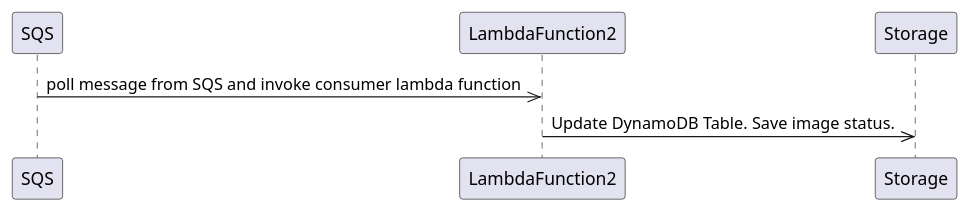
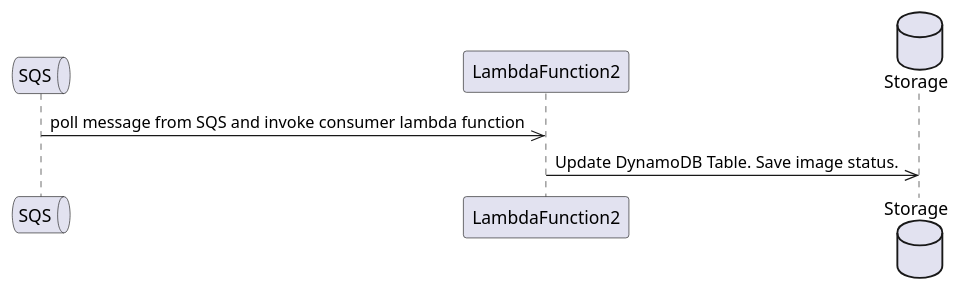
One commit to tsypuk/multicloud-diagrams changed the diagram in samples/samples/process.plantuml. Above: the diagram before and after it, drawn with PlantUML. The commit also changed 5 other files, not shown here.

Commit message:
feat: extend plantuml entities with 'participant', 'boundary', 'control', 'entity', 'database', 'collections', 'queue'

```diff
--- a/samples/samples/process.plantuml
+++ b/samples/samples/process.plantuml
@@ -1,8 +1,8 @@
 @startuml
-    participant SQS
+    queue SQS
     participant LambdaFunction2
-    participant Storage
+    database Storage
 
     SQS->>LambdaFunction2: poll message from SQS and invoke consumer lambda function
     LambdaFunction2->>Storage: Update DynamoDB Table. Save image status.
 @enduml
```
